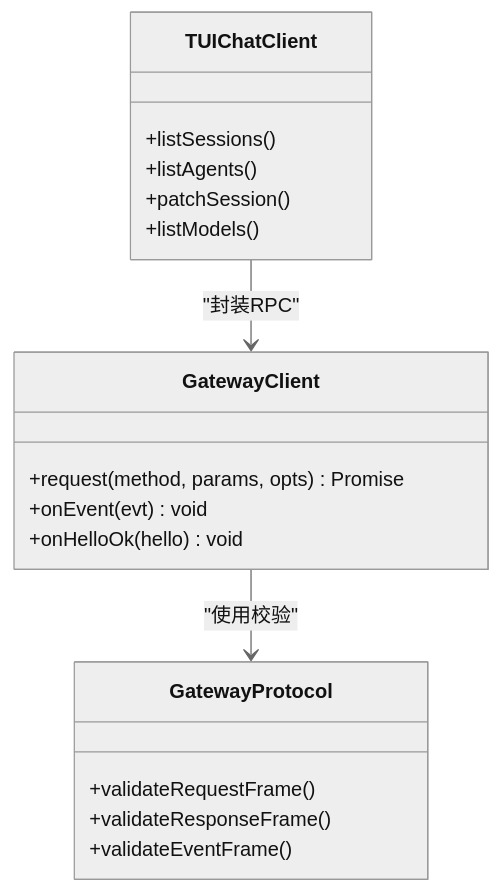
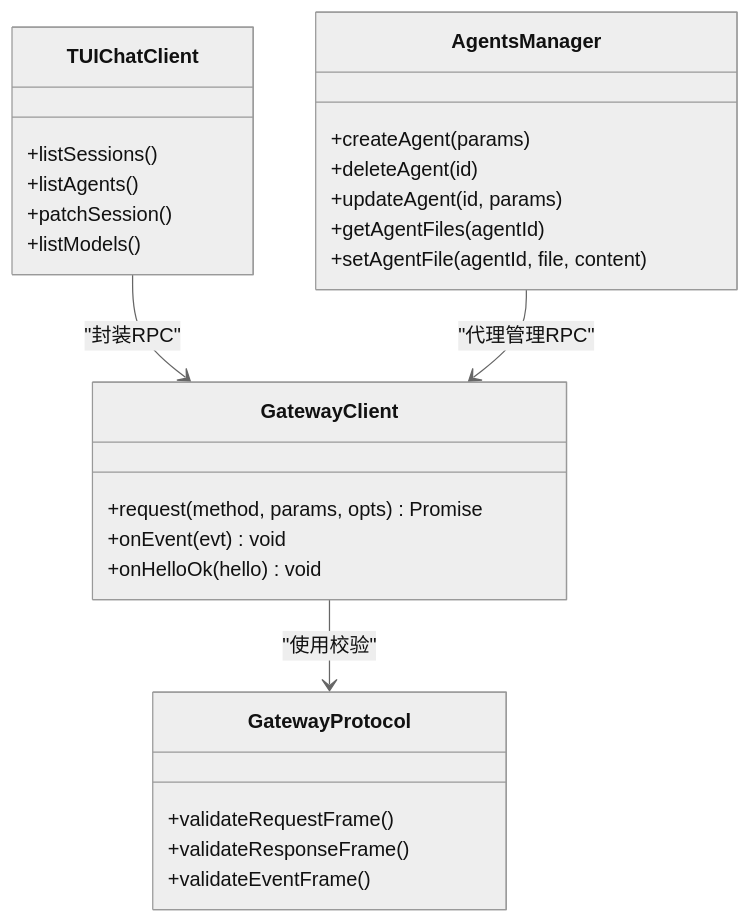
The fifth of 14 diagrams in .qoder/repowiki/zh/content/核心概念/核心概念.md (verse-ai-org/openclaw), drawn with Mermaid (neutral theme) before and after one commit. The commit also changed other lines of this file and 41 other files, not shown here.

````diff
--- a/.qoder/repowiki/zh/content/核心概念/核心概念.md
+++ b/.qoder/repowiki/zh/content/核心概念/核心概念.md
@@ -210,21 +267,29 @@
 ```mermaid
 classDiagram
 class GatewayClient {
 +request(method, params, opts) Promise
 +onEvent(evt) void
 +onHelloOk(hello) void
 }
 class GatewayProtocol {
 +validateRequestFrame()
 +validateResponseFrame()
 +validateEventFrame()
 }
 class TUIChatClient {
 +listSessions()
 +listAgents()
 +patchSession()
 +listModels()
 }
+class AgentsManager {
++createAgent(params)
++deleteAgent(id)
++updateAgent(id, params)
++getAgentFiles(agentId)
++setAgentFile(agentId, file, content)
+}
 GatewayClient --> GatewayProtocol : "使用校验"
 TUIChatClient --> GatewayClient : "封装RPC"
+AgentsManager --> GatewayClient : "代理管理RPC"
 ```
````
